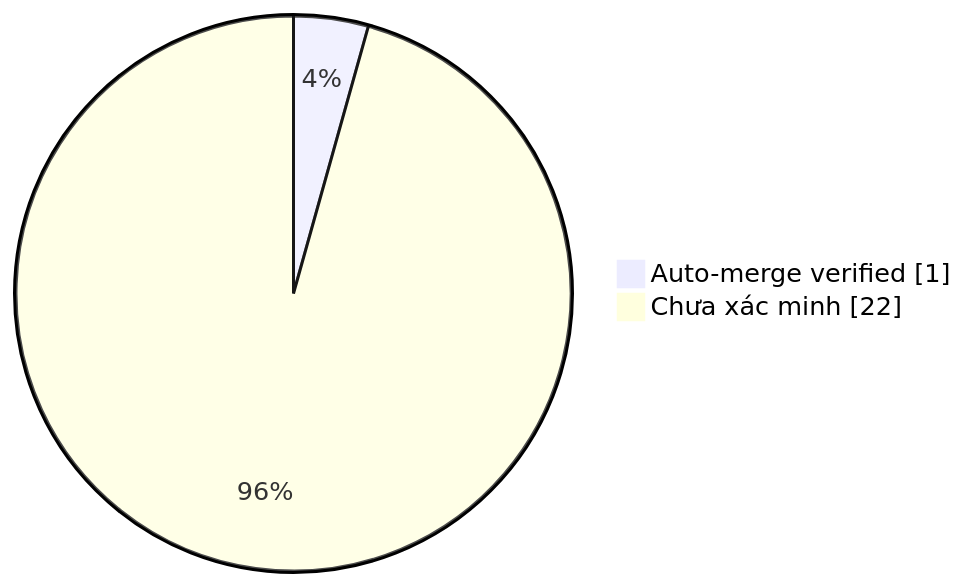
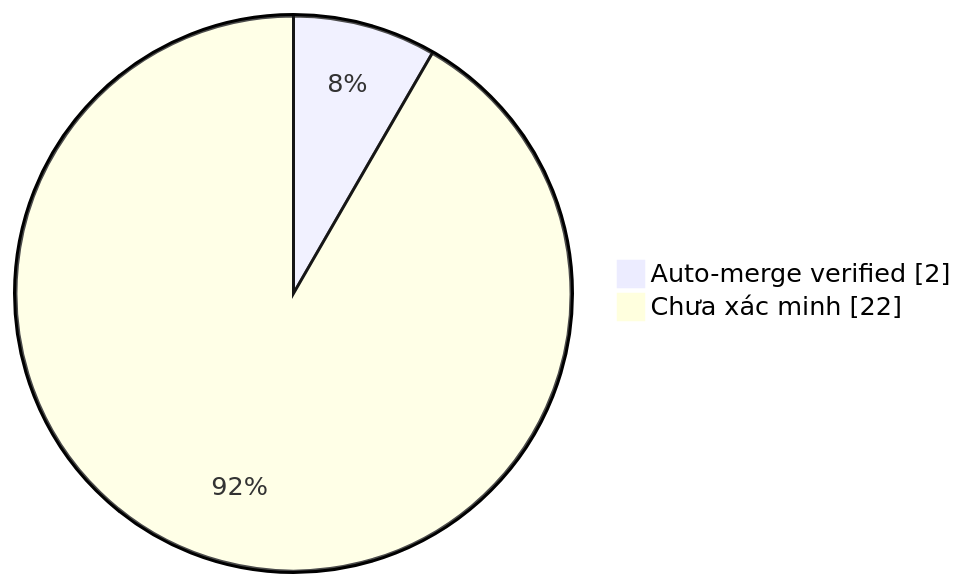
The diagram in collector.md (duykhang68/tetdinhmuiblog), drawn with Mermaid before and after one commit. The commit also changed other lines of this file and 1 other file, not shown here.

Commit message:
docs(collector): update auto-merge evidence dashboard [skip ci]

````diff
--- a/collector.md
+++ b/collector.md
@@ -22,5 +22,5 @@
 ```mermaid
 pie showData
-    "Auto-merge verified" : 1
+    "Auto-merge verified" : 2
     "Chưa xác minh" : 22
 ```
````
